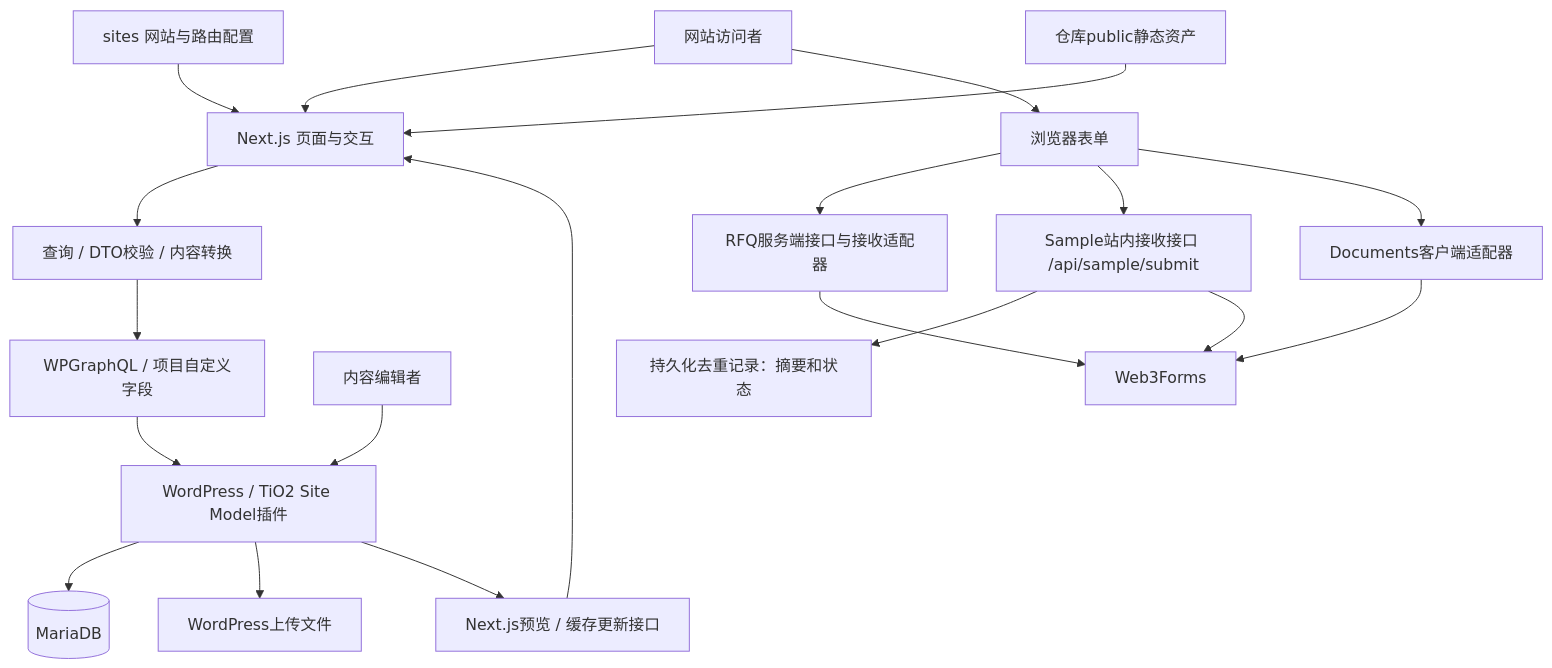
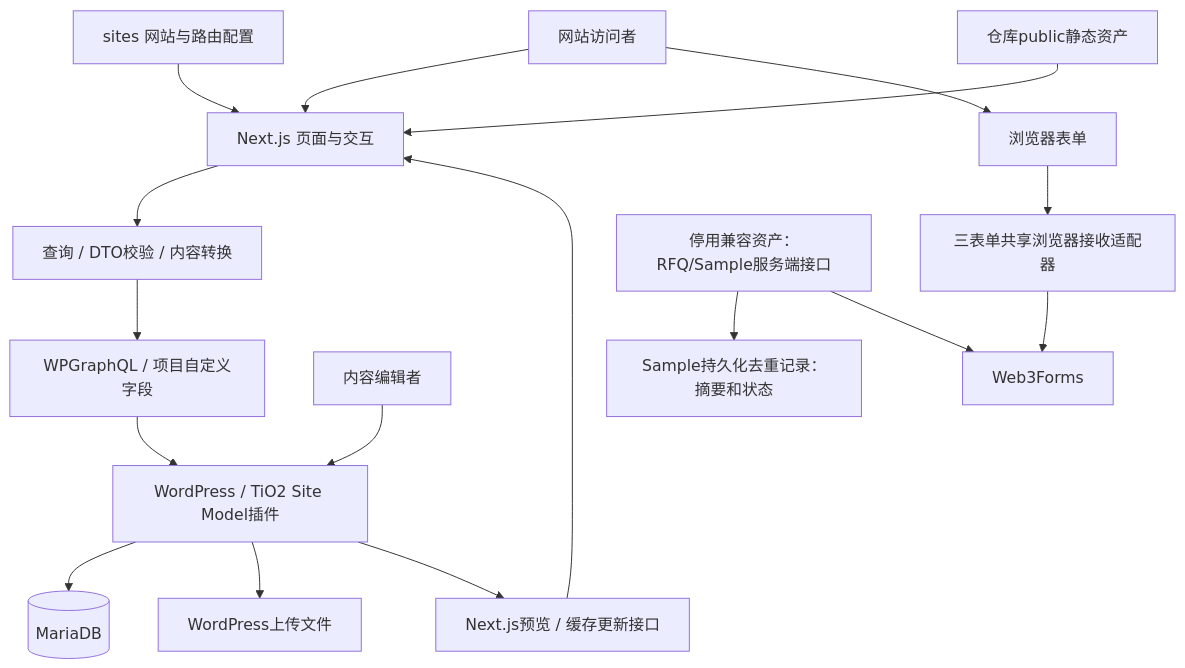
One commit to longestGj/tio2-wordpress-nextjs changed the diagram in docs/software-architecture.md. Above: the diagram before and after it, drawn with Mermaid. The commit also changed other lines of this file and 20 other files, not shown here.

Commit message:
feat: use browser direct forms for Malaysia workflows

````diff
--- a/docs/software-architecture.md
+++ b/docs/software-architecture.md
@@ -13,22 +13,19 @@
 ```mermaid
 flowchart TB
   Buyer[网站访问者] --> Next[Next.js 页面与交互]
   Site[sites 网站与路由配置] --> Next
   Next --> Adapt[查询 / DTO校验 / 内容转换]
   Adapt --> GraphQL[WPGraphQL / 项目自定义字段]
   GraphQL --> WP[WordPress / TiO2 Site Model插件]
   Editor[内容编辑者] --> WP
   WP --> DB[(MariaDB)]
   WP --> Uploads[WordPress上传文件]
   Assets[仓库public静态资产] --> Next
   WP --> Hooks[Next.js预览 / 缓存更新接口]
   Hooks --> Next
   Buyer --> Forms[浏览器表单]
-  Forms --> RFQ[RFQ服务端接口与接收适配器]
-  RFQ --> Provider[Web3Forms]
-  Forms --> Sample[Sample站内接收接口 /api/sample/submit]
-  Sample --> Ledger[持久化去重记录：摘要和状态]
-  Sample --> Provider
-  Forms --> Other[Documents客户端适配器]
-  Other --> Provider
+  Forms --> BrowserTransport[三表单共享浏览器接收适配器]
+  BrowserTransport --> Provider[Web3Forms]
+  Dormant[停用兼容资产：RFQ/Sample服务端接口] --> Ledger[Sample持久化去重记录：摘要和状态]
+  Dormant --> Provider
 ```
````
